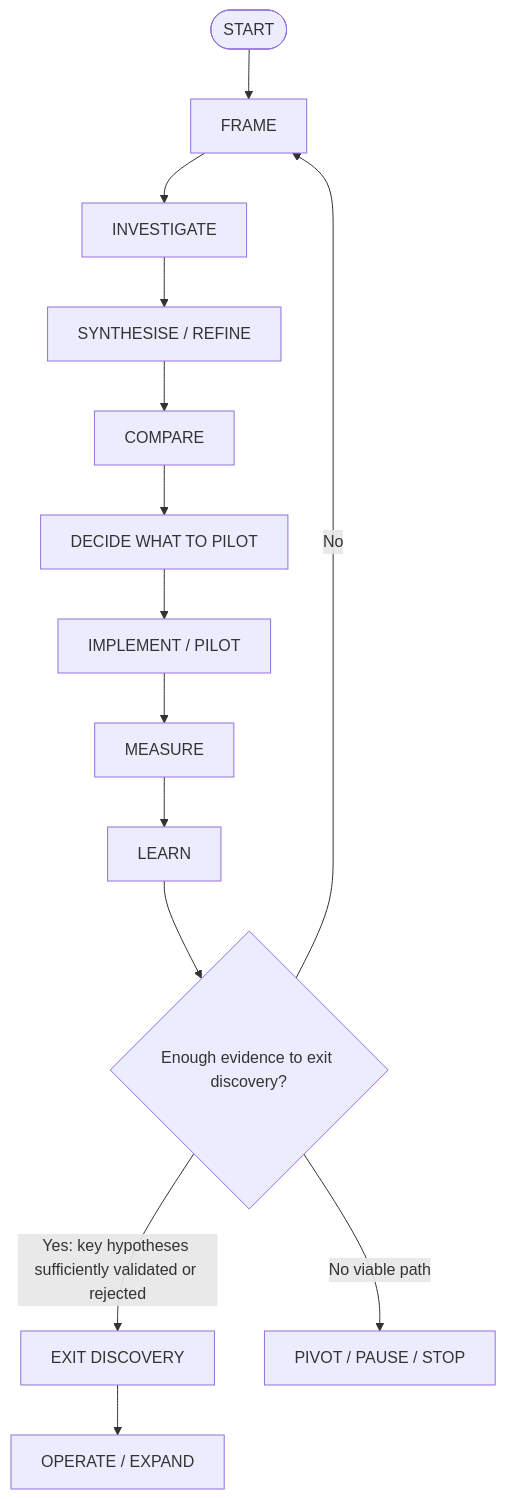
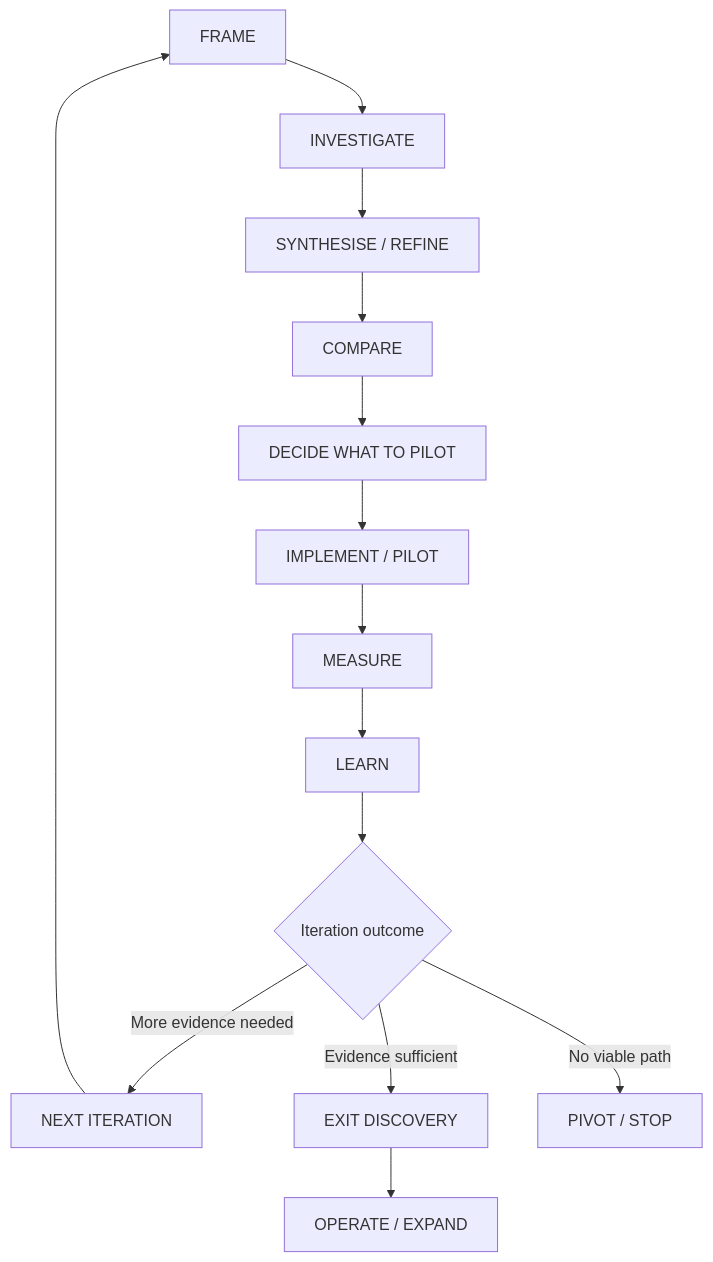
The diagram in README.md (luishgarciap/etsy-digital-products), drawn with Mermaid before and after one commit. The commit also changed other lines of this file and 29 other files, not shown here.

````diff
--- a/README.md
+++ b/README.md
@@ -13,16 +23,16 @@
 ```mermaid
 flowchart TD
-    S([START]) --> A[FRAME]
-    A --> B[INVESTIGATE]
+    A[FRAME] --> B[INVESTIGATE]
     B --> C[SYNTHESISE / REFINE]
     C --> D[COMPARE]
     D --> E[DECIDE WHAT TO PILOT]
     E --> F[IMPLEMENT / PILOT]
     F --> G[MEASURE]
     G --> H[LEARN]
-    H --> X{Enough evidence to exit discovery?}
-    X -->|No| A
-    X -->|Yes: key hypotheses sufficiently validated or rejected| Y[EXIT DISCOVERY]
-    Y --> Z[OPERATE / EXPAND]
-    X -->|No viable path| P[PIVOT / PAUSE / STOP]
+    H --> I{Iteration outcome}
+    I -->|More evidence needed| J[NEXT ITERATION]
+    J --> A
+    I -->|Evidence sufficient| K[EXIT DISCOVERY]
+    K --> L[OPERATE / EXPAND]
+    I -->|No viable path| M[PIVOT / STOP]
 ```
````
